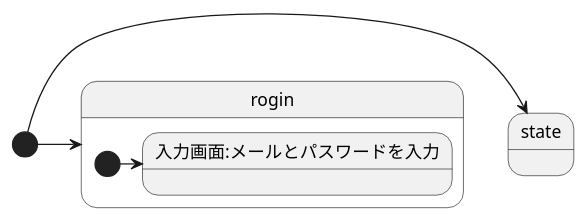
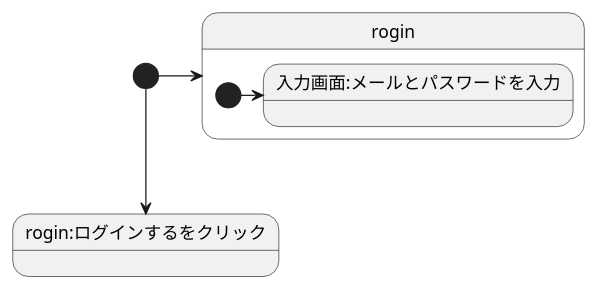
Before and after one commit to akutori/T-D-E: the diagram in UML.md, drawn with PlantUML. The commit also changed 1 other file, not shown here.

Commit message:
あ

````diff
--- a/UML.md
+++ b/UML.md
@@ -1,15 +1,14 @@
 ```uml
 @startuml
-[*] -> state
+[*] --> rogin:ログインするをクリック
 
 [*] -> rogin
 
 state rogin{
     [*]-> 入力画面:メールとパスワードを入力
-
 }
 
 
 
 @enduml
 ```
````
